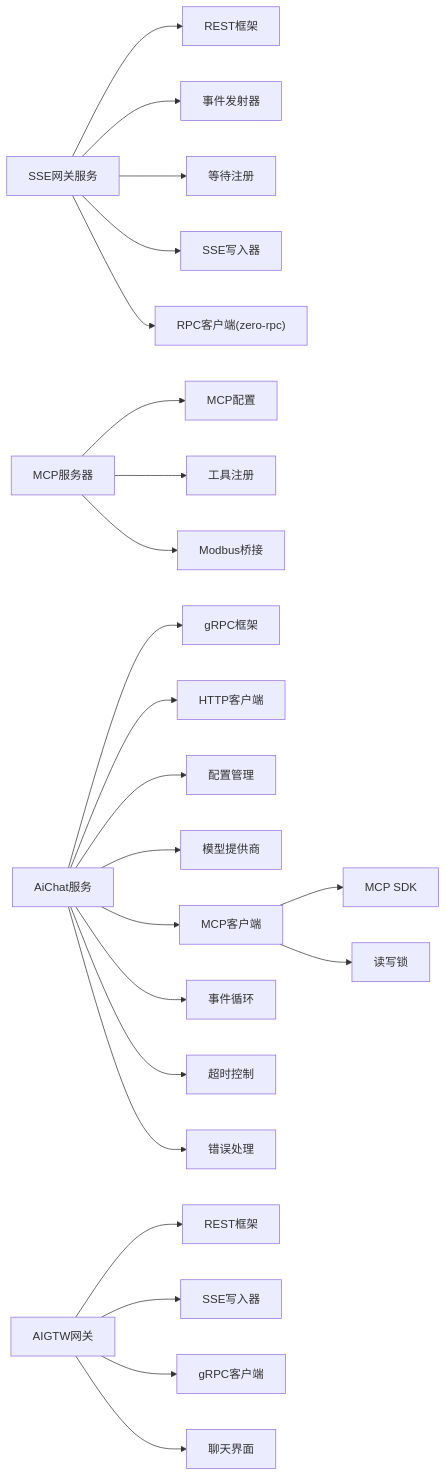
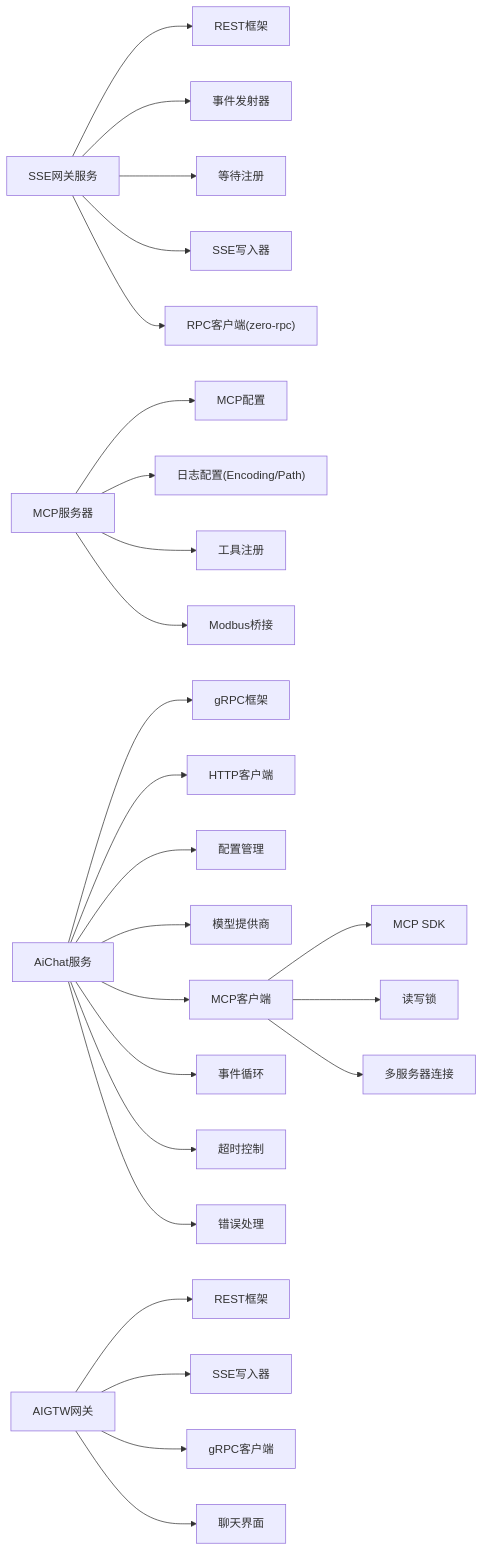
The eighth of 8 diagrams in .qoder/repowiki/zh/content/AI应用模块/AI应用模块.md (maomao94/zero-service), drawn with Mermaid before and after one commit. The commit also changed other lines of this file and 6 other files, not shown here.

````diff
--- a/.qoder/repowiki/zh/content/AI应用模块/AI应用模块.md
+++ b/.qoder/repowiki/zh/content/AI应用模块/AI应用模块.md
@@ -610,25 +654,27 @@
 ```mermaid
 graph LR
 SSE["SSE网关服务"] --> REST["REST框架"]
 SSE --> EVT["事件发射器"]
 SSE --> REG["等待注册"]
 SSE --> WR["SSE写入器"]
 SSE --> RPC["RPC客户端(zero-rpc)"]
 MCP["MCP服务器"] --> MCPCFG["MCP配置"]
+MCP --> LOGCFG["日志配置(Encoding/Path)"]
 MCP --> TOOL["工具注册"]
 MCP --> BRIDGE["Modbus桥接"]
 AICHAT["AiChat服务"] --> GRPC["gRPC框架"]
 AICHAT --> HTTPC["HTTP客户端"]
 AICHAT --> CFG["配置管理"]
 AICHAT --> PROV["模型提供商"]
 AICHAT --> MCPCLI["MCP客户端"]
 MCPCLI --> MCPSDK["MCP SDK"]
 MCPCLI --> LOCK["读写锁"]
+MCPCLI --> MULTISRV["多服务器连接"]
 AICHAT --> LOOP["事件循环"]
 AICHAT --> TIMEOUT["超时控制"]
 AICHAT --> ERR["错误处理"]
 AIGTW["AIGTW网关"] --> REST2["REST框架"]
 AIGTW --> SSEX["SSE写入器"]
 AIGTW --> GRPCCLI["gRPC客户端"]
 AIGTW --> HTML["聊天界面"]
 ```
````
